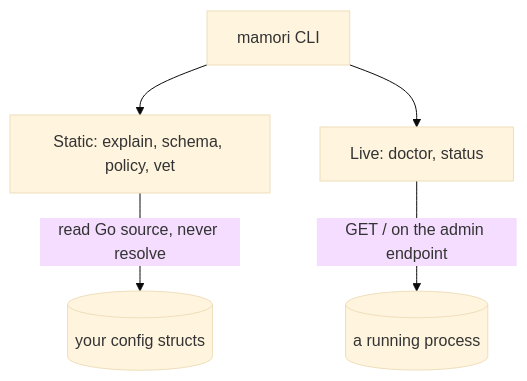
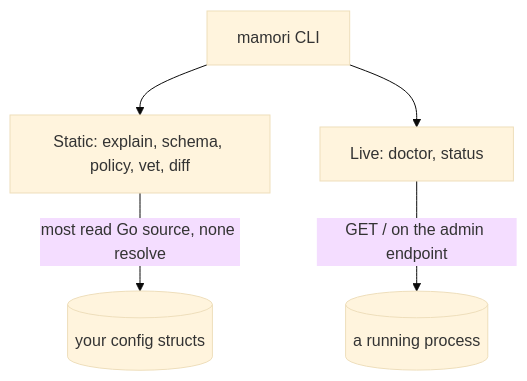
Before and after one commit to TheTechOddBug/mamori: the diagram in site/src/pages/docs/cli/index.md, drawn with Mermaid (base theme). The commit also changed other lines of this file and 18 other files, not shown here.

First line of the commit message:
feat(cli): mamori diff, a config-surface and privilege delta for PR review (#97)

````diff
--- a/site/src/pages/docs/cli/index.md
+++ b/site/src/pages/docs/cli/index.md
@@ -13,8 +13,8 @@
 ```mermaid
 flowchart TD
   CLI[mamori CLI]
-  CLI --> S["Static: explain, schema, policy, vet"]
+  CLI --> S["Static: explain, schema, policy, vet, diff"]
   CLI --> L["Live: doctor, status"]
-  S -->|"read Go source, never resolve"| Src[("your config structs")]
+  S -->|"most read Go source, none resolve"| Src[("your config structs")]
   L -->|"GET / on the admin endpoint"| Proc[("a running process")]
 ```
````
